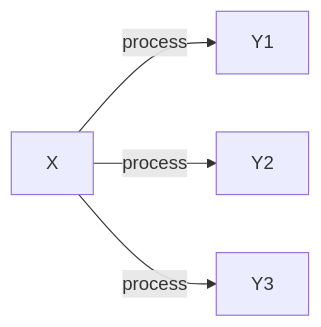
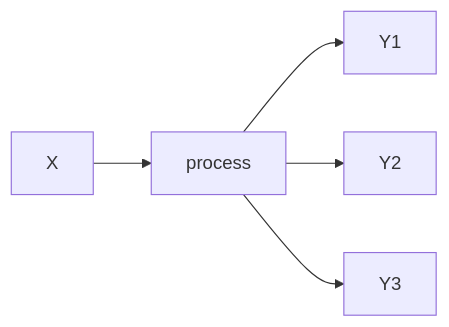
Before and after one commit to Jcbnunez/uvm-fqr: the second of 2 diagrams in Lectures/Lect1_Foundations.md, drawn with Mermaid. The commit also changed other lines of this file, not shown here.

Commit message:
Lectures/Lect1_Foundations.md updated from https://stackedit.io/

````diff
--- a/Lectures/Lect1_Foundations.md
+++ b/Lectures/Lect1_Foundations.md
@@ -44,6 +48,13 @@
 ```mermaid
 graph LR
-A[X] -- process --> B[Y1]
-A[X] -- process --> C[Y2]
-A[X] -- process --> D[Y3]
+A[X]
+B[process]
+C[Y1]
+D[Y2]
+E[Y3]
+
+A --> B --> C
+B --> D
+B --> E
+
 ```
````
